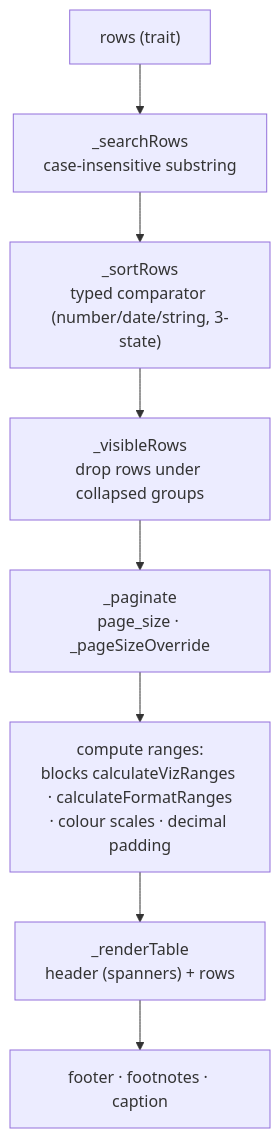
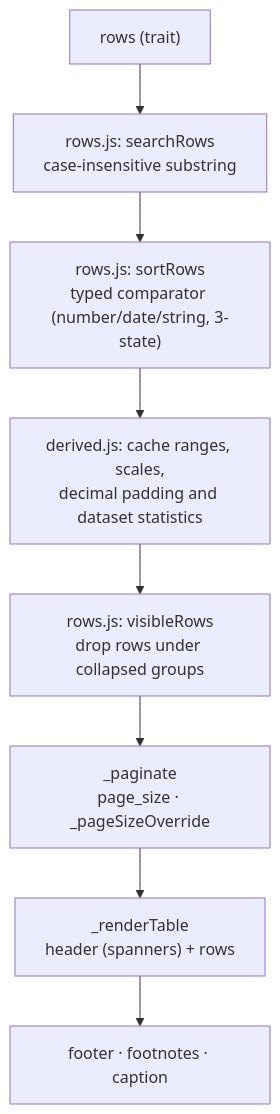
The sixth of 11 diagrams in docs/technical-architecture.md (edouardp/evidential), drawn with Mermaid before and after one commit. The commit also changed other lines of this file and 18 other files, not shown here.

````diff
--- a/docs/technical-architecture.md
+++ b/docs/technical-architecture.md
@@ -404,10 +405,10 @@
 ```mermaid
 flowchart TD
-  S["rows (trait)"] --> SE["_searchRows<br/>case-insensitive substring"]
-  SE --> SO["_sortRows<br/>typed comparator (number/date/string, 3-state)"]
-  SO --> VI["_visibleRows<br/>drop rows under collapsed groups"]
+  S["rows (trait)"] --> SE["rows.js: searchRows<br/>case-insensitive substring"]
+  SE --> SO["rows.js: sortRows<br/>typed comparator (number/date/string, 3-state)"]
+  SO --> RG["derived.js: cache ranges, scales,<br/>decimal padding and dataset statistics"]
+  RG --> VI["rows.js: visibleRows<br/>drop rows under collapsed groups"]
   VI --> PA["_paginate<br/>page_size · _pageSizeOverride"]
-  PA --> RG["compute ranges:<br/>blocks calculateVizRanges · calculateFormatRanges<br/>· colour scales · decimal padding"]
-  RG --> TB["_renderTable<br/>header (spanners) + rows"]
+  PA --> TB["_renderTable<br/>header (spanners) + rows"]
   TB --> FT["footer · footnotes · caption"]
 ```
````
